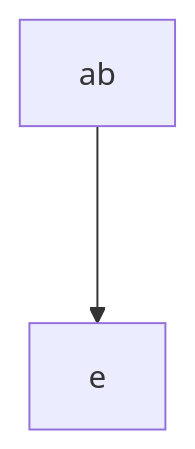
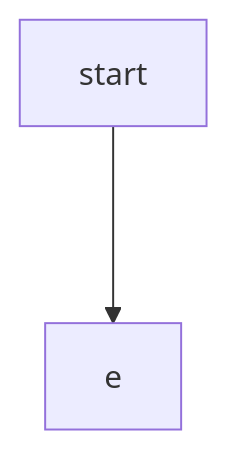
Before and after one commit to rgbhsl/studious-chainsaw: the diagram in README.md, drawn with Mermaid.

Commit message:
more readme edits

````diff
--- a/README.md
+++ b/README.md
@@ -41,4 +41,4 @@
 ```mermaid
 graph
-ab ---> e
+start ---> e
 ```
````
